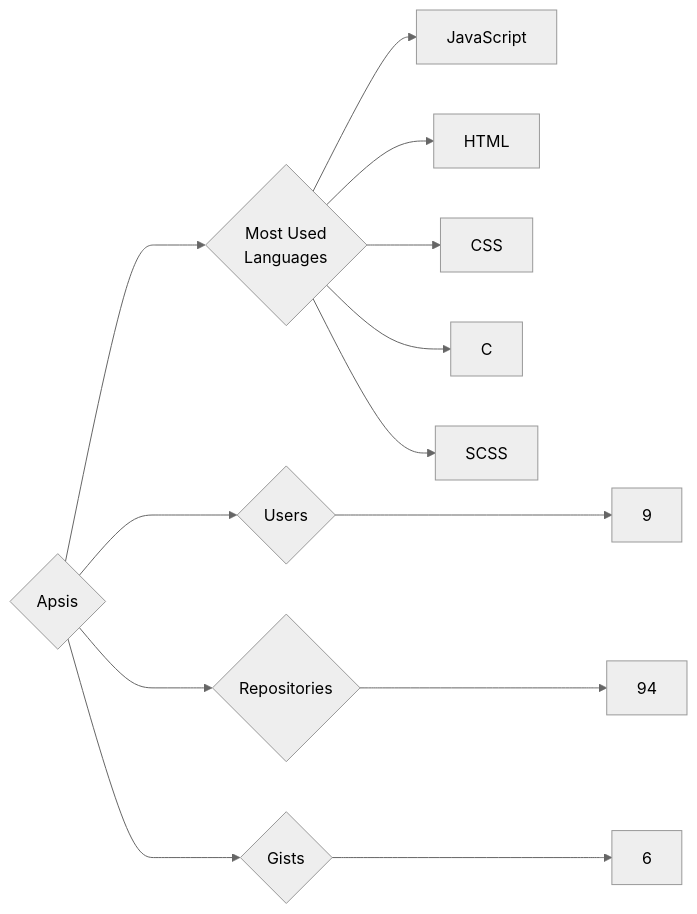
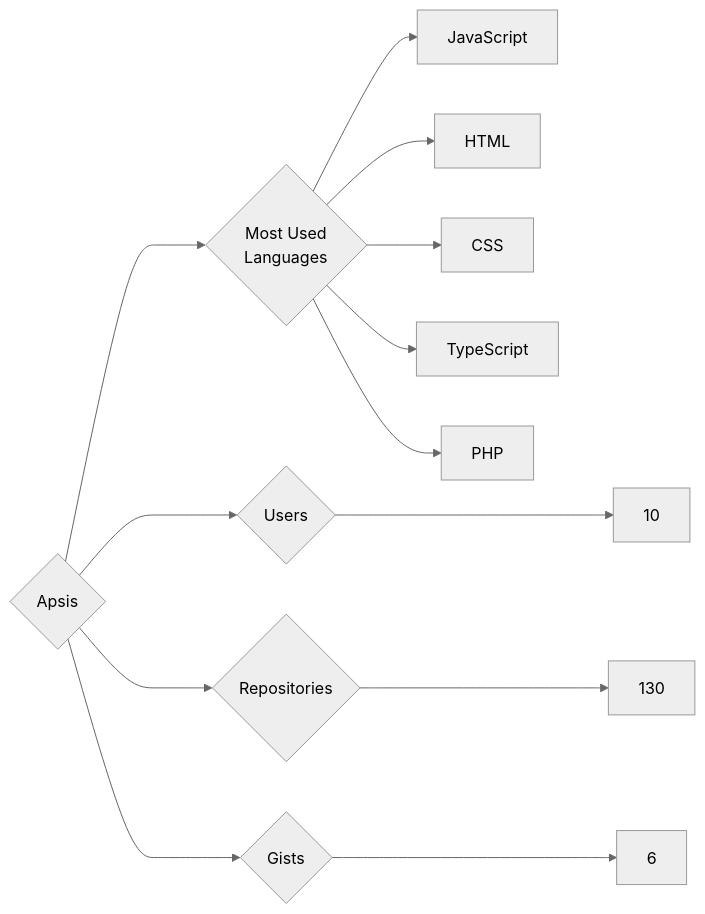
One commit to trickest/insiders changed the diagram in targets/Apsis/README.md. Above: the diagram before and after it, drawn with Mermaid (neutral theme). The commit also changed 679 other files, not shown here.

````diff
--- a/targets/Apsis/README.md
+++ b/targets/Apsis/README.md
@@ -3,13 +3,13 @@
 ```mermaid
 graph LR
 COMPANY_NAME{Apsis}
-COMPANY_NAME ---> U{Users} ---> UN[9]
-COMPANY_NAME ---> R{Repositories} ---> RN[94]
+COMPANY_NAME ---> U{Users} ---> UN[10]
+COMPANY_NAME ---> R{Repositories} ---> RN[130]
 COMPANY_NAME ---> G{Gists} ---> GN[6]
 COMPANY_NAME ---> ML{Most Used<br>Languages}
 ML --> JavaScript[JavaScript]
 ML --> HTML[HTML]
 ML --> CSS[CSS]
-ML --> C[C]
-ML --> SCSS[SCSS]
+ML --> TypeScript[TypeScript]
+ML --> PHP[PHP]
 ```
````
